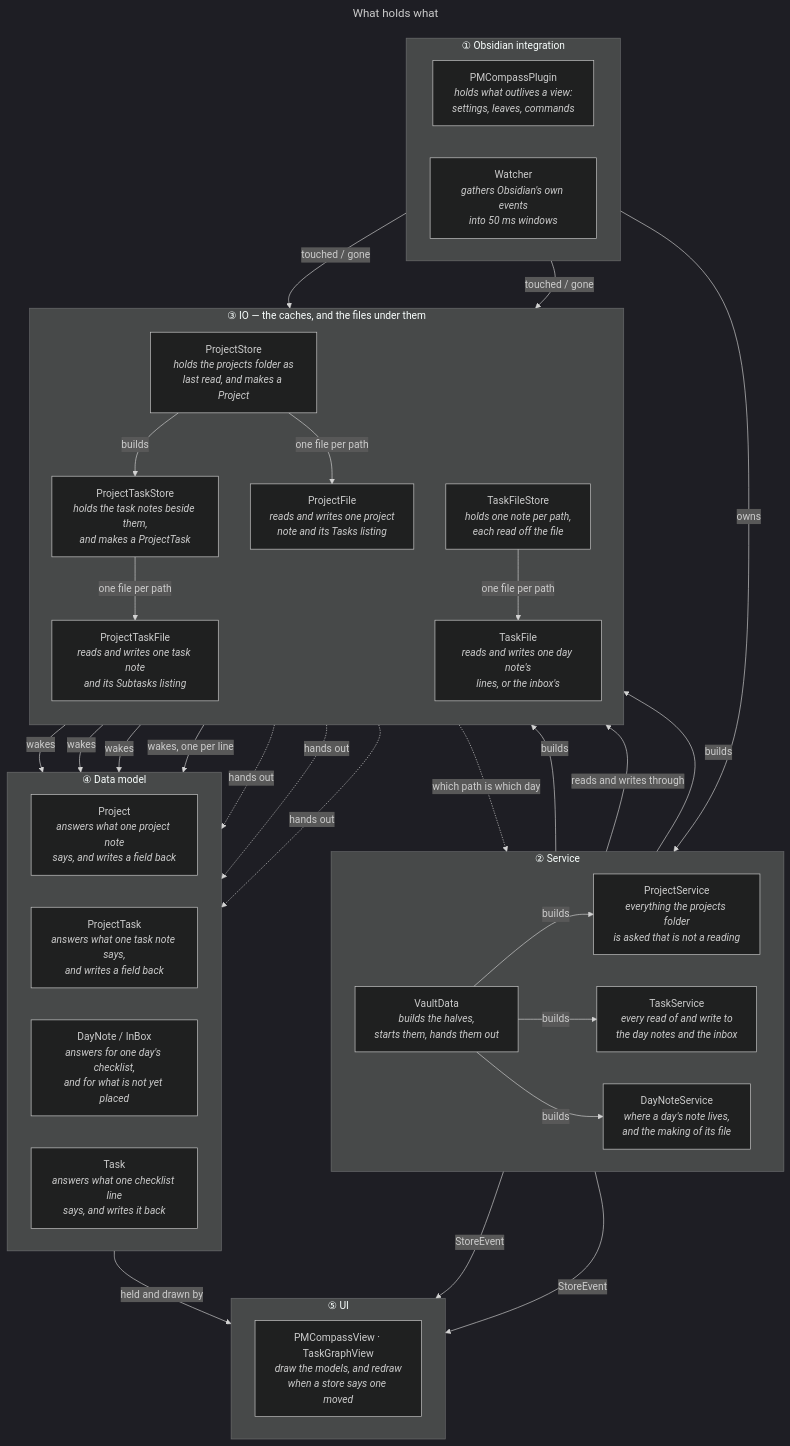
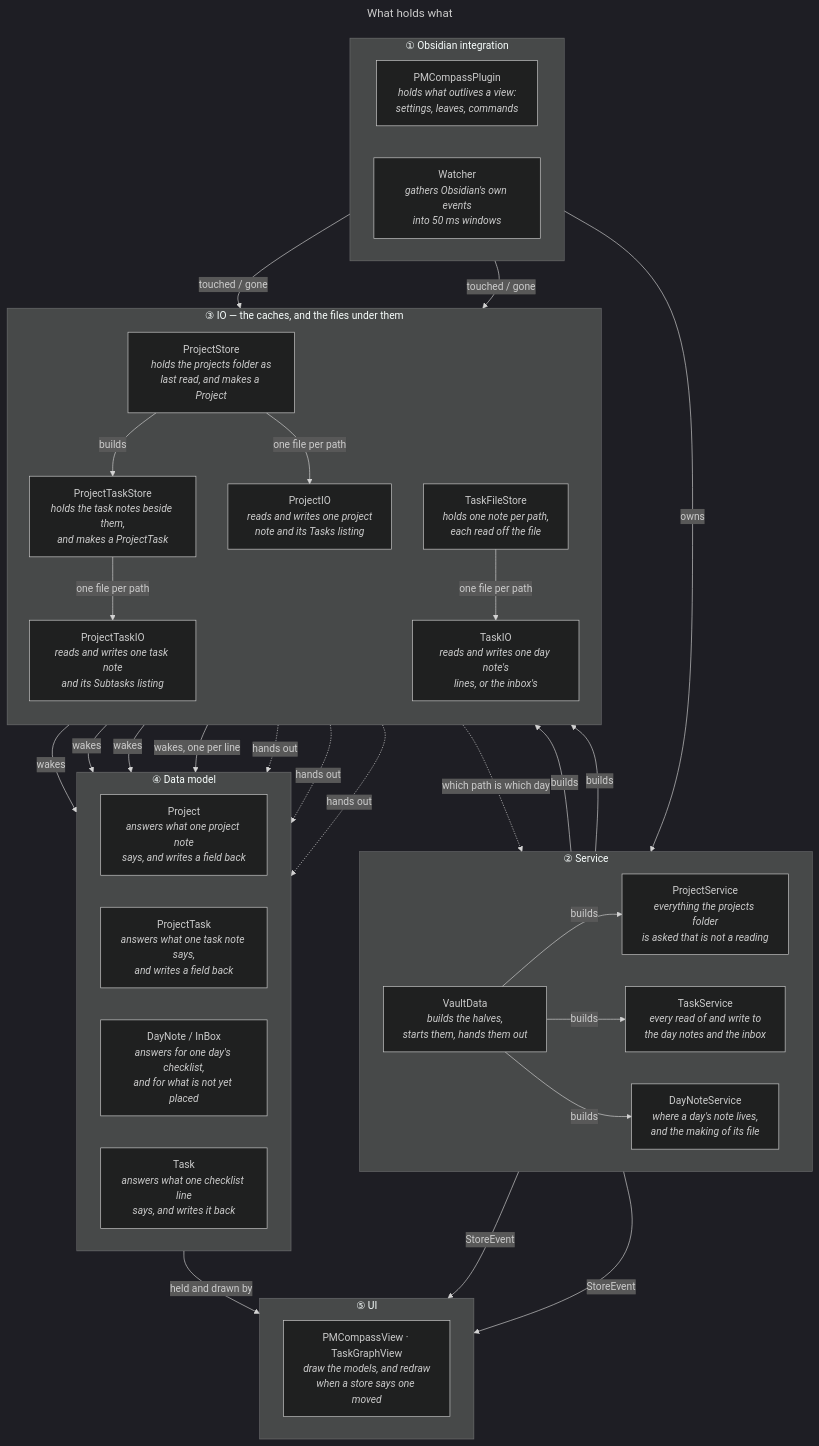
The diagram in docs/technical/diagrams/overview.mmd (Laurent-Ferier/pm-compass), drawn with Mermaid (dark theme) before and after one commit. The commit also changed 70 other files, not shown here.

```diff
--- a/docs/technical/diagrams/overview.mmd
+++ b/docs/technical/diagrams/overview.mmd
@@ -1,69 +1,68 @@
 ---
 title: What holds what
 ---
 graph TB
   subgraph obsidian["① Obsidian integration"]
     direction LR
     Plugin["PMCompassPlugin<br/><i>holds what outlives a view:<br/>settings, leaves, commands</i>"]
     Watcher["Watcher<br/><i>gathers Obsidian's own events<br/>into 50 ms windows</i>"]
   end
 
   subgraph service["② Service"]
     direction LR
     Vault["VaultData<br/><i>builds the halves,<br/>starts them, hands them out</i>"]
     Tasks["TaskService<br/><i>every read of and write to<br/>the day notes and the inbox</i>"]
     Projects["ProjectService<br/><i>everything the projects folder<br/>is asked that is not a reading</i>"]
     DayNotes["DayNoteService<br/><i>where a day's note lives,<br/>and the making of its file</i>"]
   end
 
   subgraph io["③ IO — the caches, and the files under them"]
     direction TB
     ProjectStore["ProjectStore<br/><i>holds the projects folder as<br/>last read, and makes a Project</i>"]
     ProjectTaskStore["ProjectTaskStore<br/><i>holds the task notes beside them,<br/>and makes a ProjectTask</i>"]
     Days["TaskFileStore<br/><i>holds one note per path,<br/>each read off the file</i>"]
-    ProjectFile["ProjectFile<br/><i>reads and writes one project<br/>note and its Tasks listing</i>"]
-    ProjectTaskFile["ProjectTaskFile<br/><i>reads and writes one task note<br/>and its Subtasks listing</i>"]
-    TaskFile["TaskFile<br/><i>reads and writes one day note's<br/>lines, or the inbox's</i>"]
+    ProjectIO["ProjectIO<br/><i>reads and writes one project<br/>note and its Tasks listing</i>"]
+    ProjectTaskIO["ProjectTaskIO<br/><i>reads and writes one task note<br/>and its Subtasks listing</i>"]
+    TaskIO["TaskIO<br/><i>reads and writes one day note's<br/>lines, or the inbox's</i>"]
   end
 
   subgraph models["④ Data model"]
     direction LR
     Project["Project<br/><i>answers what one project note<br/>says, and writes a field back</i>"]
     ProjectTask["ProjectTask<br/><i>answers what one task note says,<br/>and writes a field back</i>"]
     DayNote["DayNote / InBox<br/><i>answers for one day's checklist,<br/>and for what is not yet placed</i>"]
     Task["Task<br/><i>answers what one checklist line<br/>says, and writes it back</i>"]
   end
 
   subgraph ui["⑤ UI"]
     direction LR
     Views["PMCompassView · TaskGraphView<br/><i>draw the models, and redraw<br/>when a store says one moved</i>"]
   end
 
   Plugin -->|owns| Vault
   Watcher -->|touched / gone| ProjectStore
   Watcher -->|touched / gone| Days
 
-  Vault -->|builds| ProjectStore
   Vault -->|builds| Projects
   Vault -->|builds| Tasks
   Vault -->|builds| DayNotes
-  Projects -->|reads and writes through| ProjectStore
+  Projects -->|builds| ProjectStore
   ProjectStore -->|builds| ProjectTaskStore
   Tasks -->|builds| Days
   Days -.->|which path is which day| DayNotes
-  ProjectStore -->|one file per path| ProjectFile
-  ProjectTaskStore -->|one file per path| ProjectTaskFile
-  Days -->|one file per path| TaskFile
+  ProjectStore -->|one file per path| ProjectIO
+  ProjectTaskStore -->|one file per path| ProjectTaskIO
+  Days -->|one file per path| TaskIO
 
-  ProjectFile -->|wakes| Project
-  ProjectTaskFile -->|wakes| ProjectTask
-  TaskFile -->|wakes| DayNote
-  TaskFile -->|wakes, one per line| Task
+  ProjectIO -->|wakes| Project
+  ProjectTaskIO -->|wakes| ProjectTask
+  TaskIO -->|wakes| DayNote
+  TaskIO -->|wakes, one per line| Task
 
   ProjectStore -.->|hands out| Project
   ProjectTaskStore -.->|hands out| ProjectTask
   Days -.->|hands out| DayNote
 
   models -->|held and drawn by| Views
   Projects -->|StoreEvent| Views
   Tasks -->|StoreEvent| Views
```
